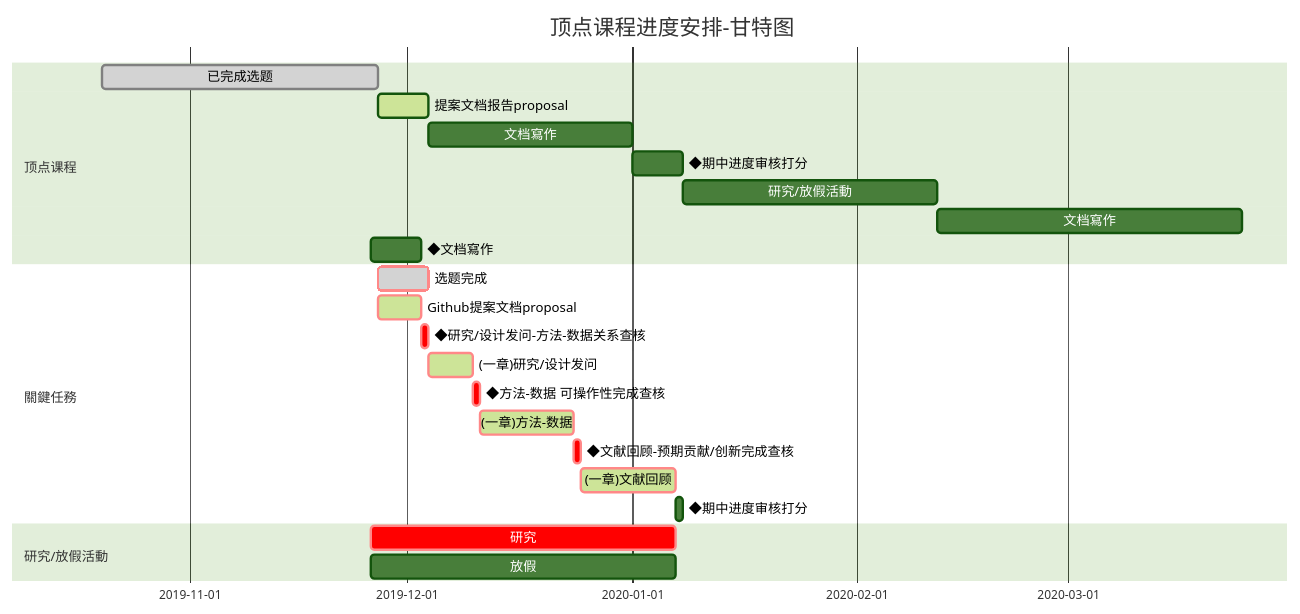
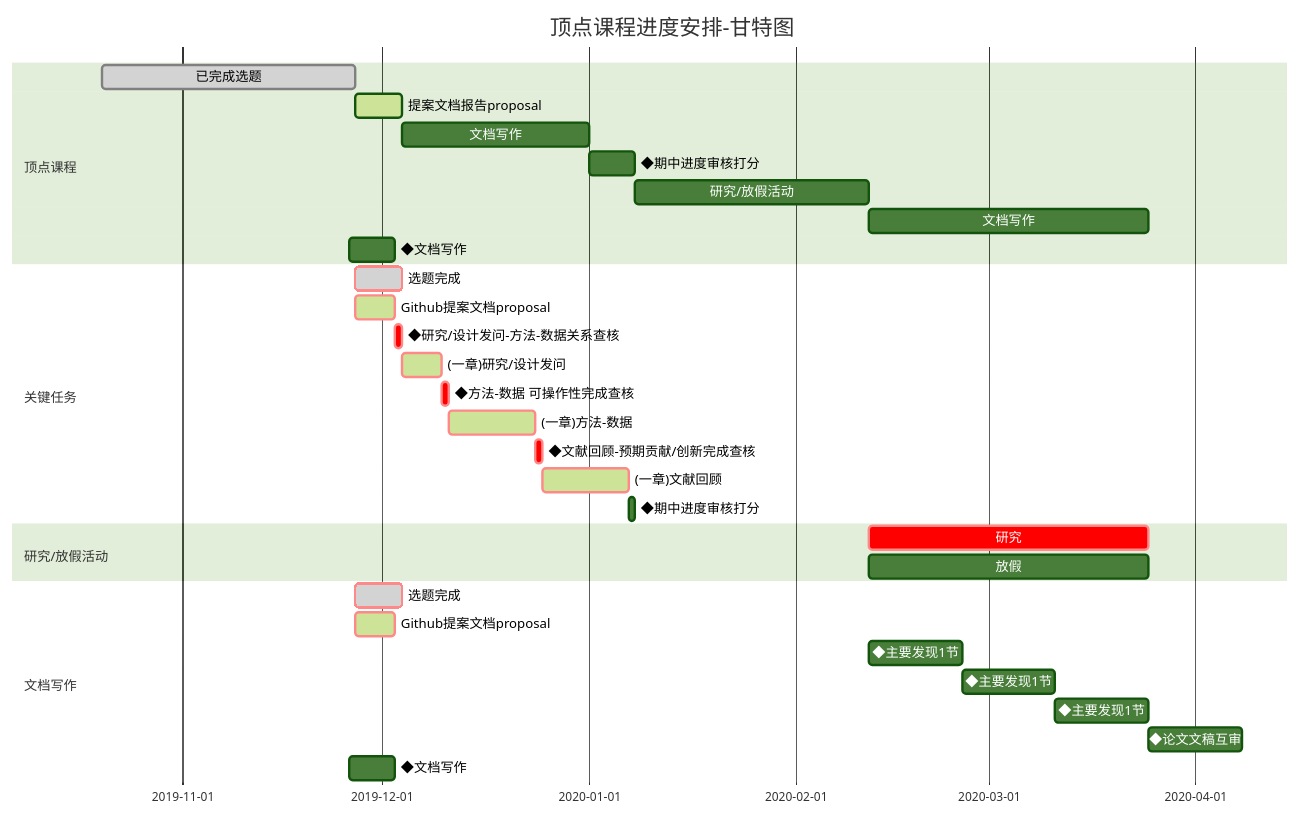
One commit to q3466141541/CapstoneProject changed the diagram in prjs/proposal.md. Above: the diagram before and after it, drawn with Mermaid (forest theme). The commit also changed other lines of this file, not shown here.

```diff
--- a/prjs/proposal.md
+++ b/prjs/proposal.md
@@ -96,30 +96,40 @@
 <div class="mermaid" style="background-color:lightgreen;"> 
 gantt
        dateFormat  YYYY-MM-DD
        title 顶点课程进度安排-甘特图
 
        section 顶点课程
        已完成选题                :done,    des1, 2019-10-20,2019-11-27
        提案文档报告proposal      :active,  des2, 2019-11-27, 7d
-       文档寫作                  :         des3, after des2, 28d
+       文档写作                  :         des3, after des2, 28d
        ◆期中进度审核打分         :         des4, after des3, 7d
-       研究/放假活動             :         des5, after des4, 35d
-       文档寫作:主要发现         :         des6, after des5, 42d
-       ◆文档寫作:全文提交(TBA待定):         des7, after des6, 7d
+       研究/放假活动             :         des5, after des4, 35d
+       文档写作:主要发现         :         des6, after des5, 42d
+       ◆文档写作:全文提交(TBA待定):         des7, after des6, 7d
 
-       section 關鍵任務
+       section 关键任务
        选题完成                  :crit, done, after des1, 7d
        Github提案文档proposal    :crit, active, 2019-11-27,6d
        ◆研究/设计发问-方法-数据关系查核  :crit, 1d
        (一章)研究/设计发问       :crit, active, 2019-12-04,6d
        ◆方法-数据 可操作性完成查核       :crit, 1d
        (一章)方法-数据           :crit, active, 2019-12-11,13d
        ◆文献回顾-预期贡献/创新完成查核     :crit, 1d
        (一章)文献回顾           :crit, active, 2019-12-25,13d
        ◆期中进度审核打分                   :1d
 
-       section 研究/放假活動
-       研究                     :crit, after des6, 42d
-       放假                     :      vac1, after des6, 42d
+       section 研究/放假活动
+       研究                     :crit, after des5, 42d
+       放假                     :      vac1, after des5, 42d
+
+       section 文档写作
+       选题完成                  :crit, done, after des1, 7d
+       Github提案文档proposal    :crit, active, 2019-11-27,6d
+       ◆主要发现1节              : finding1, after des5, 14d
+       ◆主要发现1节              : finding2, after finding1, 14d
+       ◆主要发现1节              : finding3, after finding2, 14d
+       ◆论文文稿互审             : peerreview, after finding3, 14d
+       ◆文档写作:全文提交(TBA待定):    des7, after des6, 7d
+
 
 </div>
```
